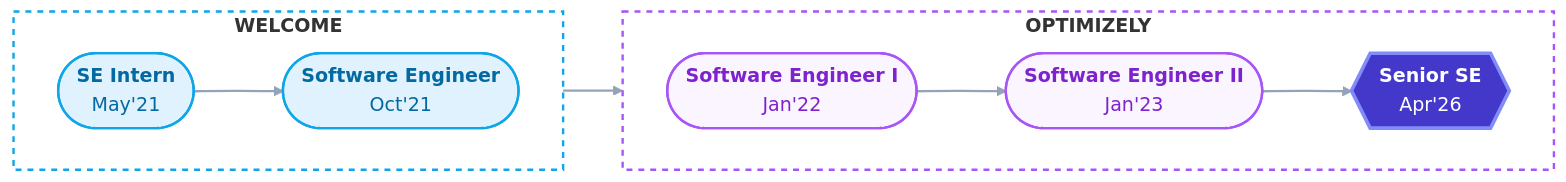
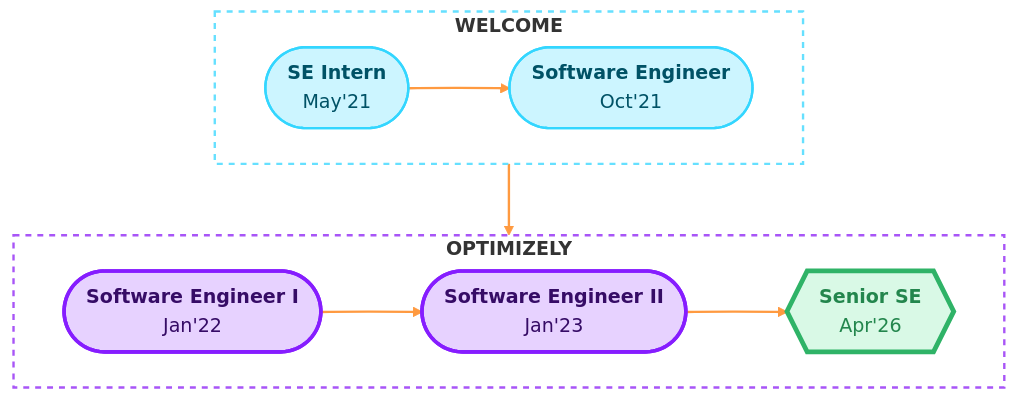
Before and after one commit to shunjid/shunjid: the first of 2 diagrams in README.md, drawn with Mermaid.

Commit message:
Update career flowchart in README.md

````diff
--- a/README.md
+++ b/README.md
@@ -12,32 +12,36 @@
   ```mermaid
-  flowchart LR
-      subgraph Welcome ["<b>WELCOME</b>"]
-          direction LR
-          A(["<b>SE Intern</b><br/>May'21"]) 
-          B(["<b>Software Engineer</b><br/>Oct'21"])
-      end
-  
-      subgraph Optimizely ["<b>OPTIMIZELY</b>"]
-          direction LR
-          C(["<b>Software Engineer I</b><br/>Jan'22"])
-          D(["<b>Software Engineer II</b><br/>Jan'23"])
-          E{{"<b>Senior SE</b><br/>Apr'26"}}
-      end
-  
-      %% Flow
-      A --> B --> C --> D --> E
-  
-      %% Styling Boxes
-      style Welcome fill:none,stroke:#0ea5e9,stroke-width:2px,stroke-dasharray: 5 5
-      style Optimizely fill:none,stroke:#a855f7,stroke-width:2px,stroke-dasharray: 5 5
-  
-      %% Styling Nodes (Light/Dark Mode optimized)
-      style A fill:#e0f2fe,stroke:#0ea5e9,stroke-width:2px,color:#0369a1
-      style B fill:#e0f2fe,stroke:#0ea5e9,stroke-width:2px,color:#0369a1
-      style C fill:#faf5ff,stroke:#a855f7,stroke-width:2px,color:#7e22ce
-      style D fill:#faf5ff,stroke:#a855f7,stroke-width:2px,color:#7e22ce
-      style E fill:#4338ca,stroke:#818cf8,stroke-width:3px,color:#fff
-  
-      %% Link Styling
-      linkStyle default stroke:#94a3b8,stroke-width:2px
+  %%{init: {"flowchart": {"padding": 20, "nodeSpacing": 40, "rankSpacing": 60}} }%%
+flowchart TD
+    subgraph Welcome ["<b>WELCOME</b>"]
+        direction LR
+        A(["<b>SE Intern</b><br/>May'21"]) 
+        B(["<b>Software Engineer</b><br/>Oct'21"])
+        A --> B
+    end
+
+    subgraph Optimizely ["<b>OPTIMIZELY</b>"]
+        direction LR
+        C(["<b>Software Engineer I</b><br/>Jan'22"])
+        D(["<b>Software Engineer II</b><br/>Jan'23"])
+        E{{"<b>Senior SE</b><br/>Apr'26"}}
+        C --> D --> E
+    end
+
+    %% Vertical Joint between subgraphs
+    Welcome --> Optimizely
+
+    %% Styling Boxes
+    style Welcome fill:none,stroke:#66e0ff,stroke-width:2px,stroke-dasharray: 5 5
+    style Optimizely fill:none,stroke:#a855f7,stroke-width:2px,stroke-dasharray: 5 5
+
+    %% Styling Nodes
+    style A fill:#ccf5ff,stroke:#33d6ff,stroke-width:2px,color:#005266
+    style B fill:#ccf5ff,stroke:#33d6ff,stroke-width:2px,color:#005266
+    style C fill:#e7d2ff,stroke:#861dff,stroke-width:3px,color:#360c66
+    style D fill:#e7d2ff,stroke:#861dff,stroke-width:3px,color:#360c66
+    style E fill:#d9f9e6,stroke:#2fb367,stroke-width:4px,color:#23864d
+
+    %% Link Styling
+    linkStyle default stroke:#ff9a40,stroke-width:2px
+
   ```
````
